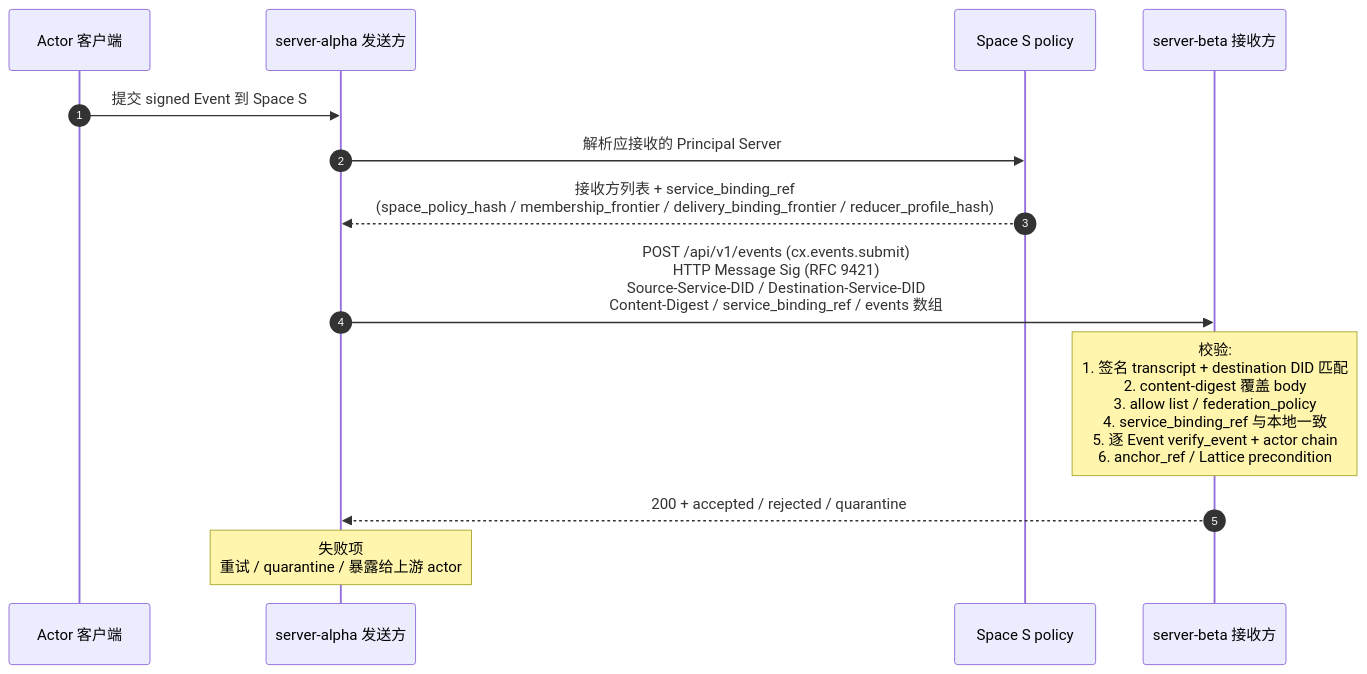
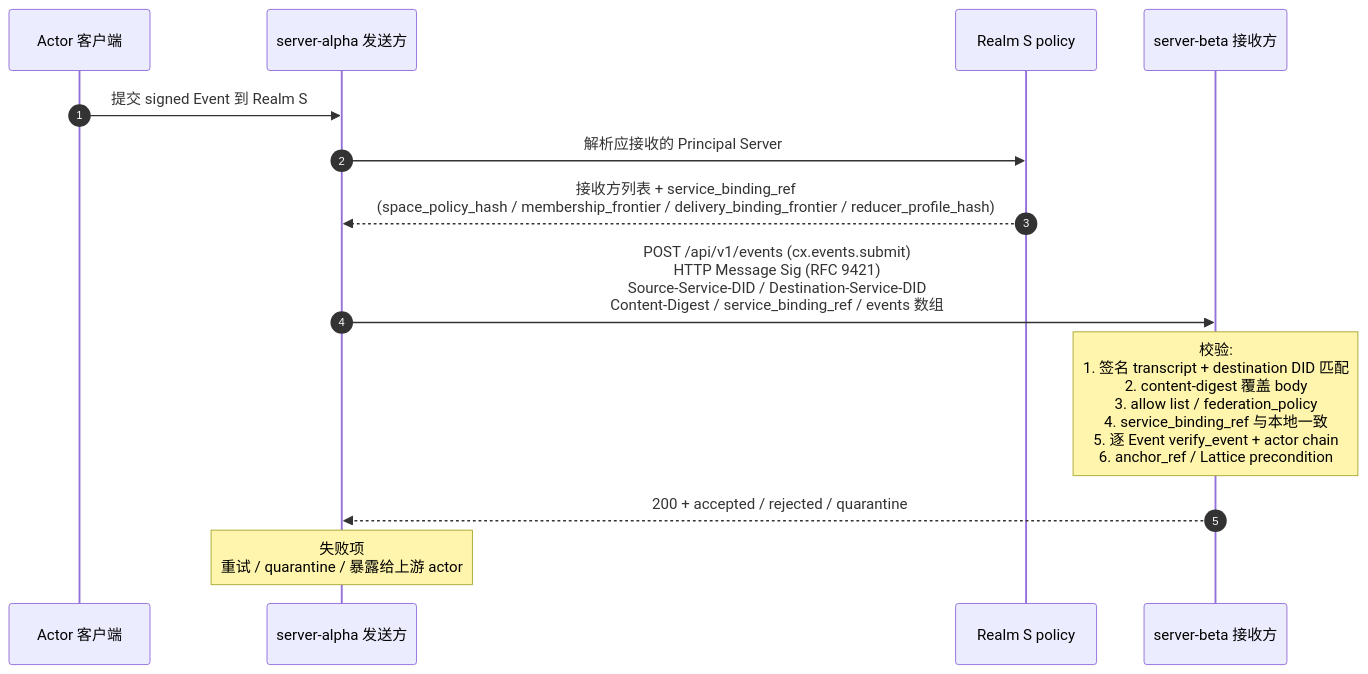
The diagram in spec/v1/zh/sync/federation.md (arkret-org/arkret-spec), drawn with Mermaid before and after one commit. The commit also changed other lines of this file and 162 other files, not shown here.

Commit message:
Rework Realm and Space boundaries

````diff
--- a/spec/v1/zh/sync/federation.md
+++ b/spec/v1/zh/sync/federation.md
@@ -226,16 +226,16 @@
 ```mermaid
 sequenceDiagram
     autonumber
     participant Cli as Actor 客户端
     participant Alpha as server-alpha 发送方
-    participant Pol as Space S policy
+    participant Pol as Realm S policy
     participant Beta as server-beta 接收方
 
-    Cli->>Alpha: 提交 signed Event 到 Space S
+    Cli->>Alpha: 提交 signed Event 到 Realm S
     Alpha->>Pol: 解析应接收的 Principal Server
     Pol-->>Alpha: 接收方列表 + service_binding_ref<br>(space_policy_hash / membership_frontier / delivery_binding_frontier / reducer_profile_hash)
     Alpha->>Beta: POST /api/v1/events (cx.events.submit)<br>HTTP Message Sig (RFC 9421)<br>Source-Service-DID / Destination-Service-DID<br>Content-Digest / service_binding_ref / events 数组
     note over Beta: 校验:<br>1. 签名 transcript + destination DID 匹配<br>2. content-digest 覆盖 body<br>3. allow list / federation_policy<br>4. service_binding_ref 与本地一致<br>5. 逐 Event verify_event + actor chain<br>6. anchor_ref / Lattice precondition
     Beta-->>Alpha: 200 + accepted / rejected / quarantine
     note over Alpha: 失败项<br>重试 / quarantine / 暴露给上游 actor
 ```
````
